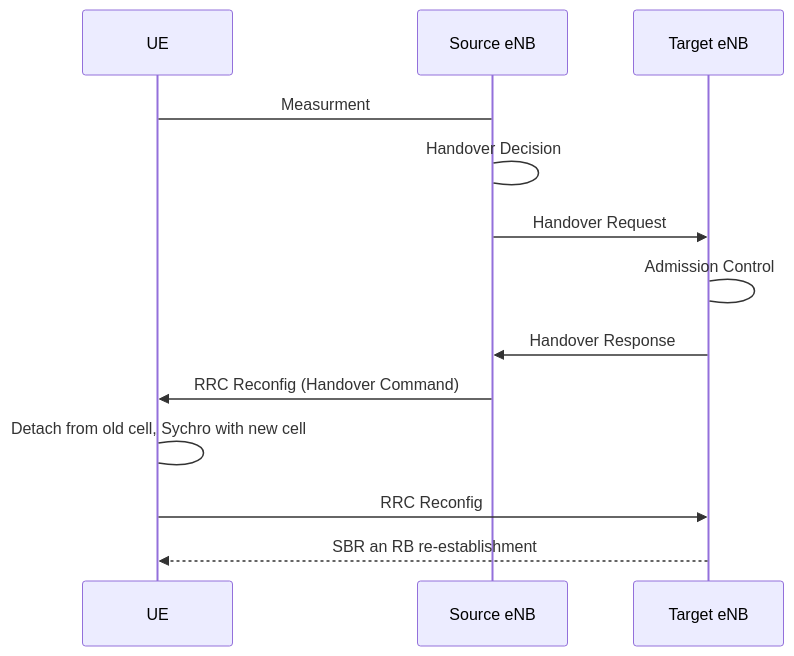
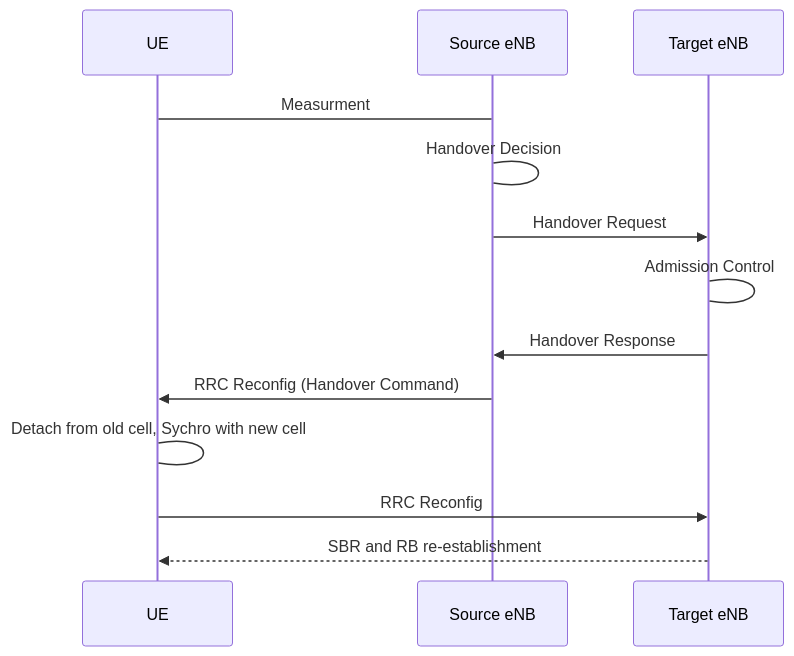
Before and after one commit to ThomasRochette/NoteCours: the fourth of 4 diagrams in ARM.md, drawn with Mermaid. The commit also changed other lines of this file, not shown here.

Commit message:
Uploaded by https://stackedit.io/

````diff
--- a/ARM.md
+++ b/ARM.md
@@ -133,12 +133,12 @@
 ```mermaid
 sequenceDiagram
 UE -> Source eNB: Measurment
 Source eNB -> Source eNB: Handover Decision
 Source eNB ->> Target eNB: Handover Request
 Target eNB -> Target eNB: Admission Control
 Target eNB ->> Source eNB: Handover Response
 Source eNB ->> UE: RRC Reconfig (Handover Command)
 UE -> UE: Detach from old cell, Sychro with new cell
 UE ->> Target eNB: RRC Reconfig
-Target eNB -->> UE: SBR an RB re-establishment
+Target eNB -->> UE: SBR and RB re-establishment
 ```
````
